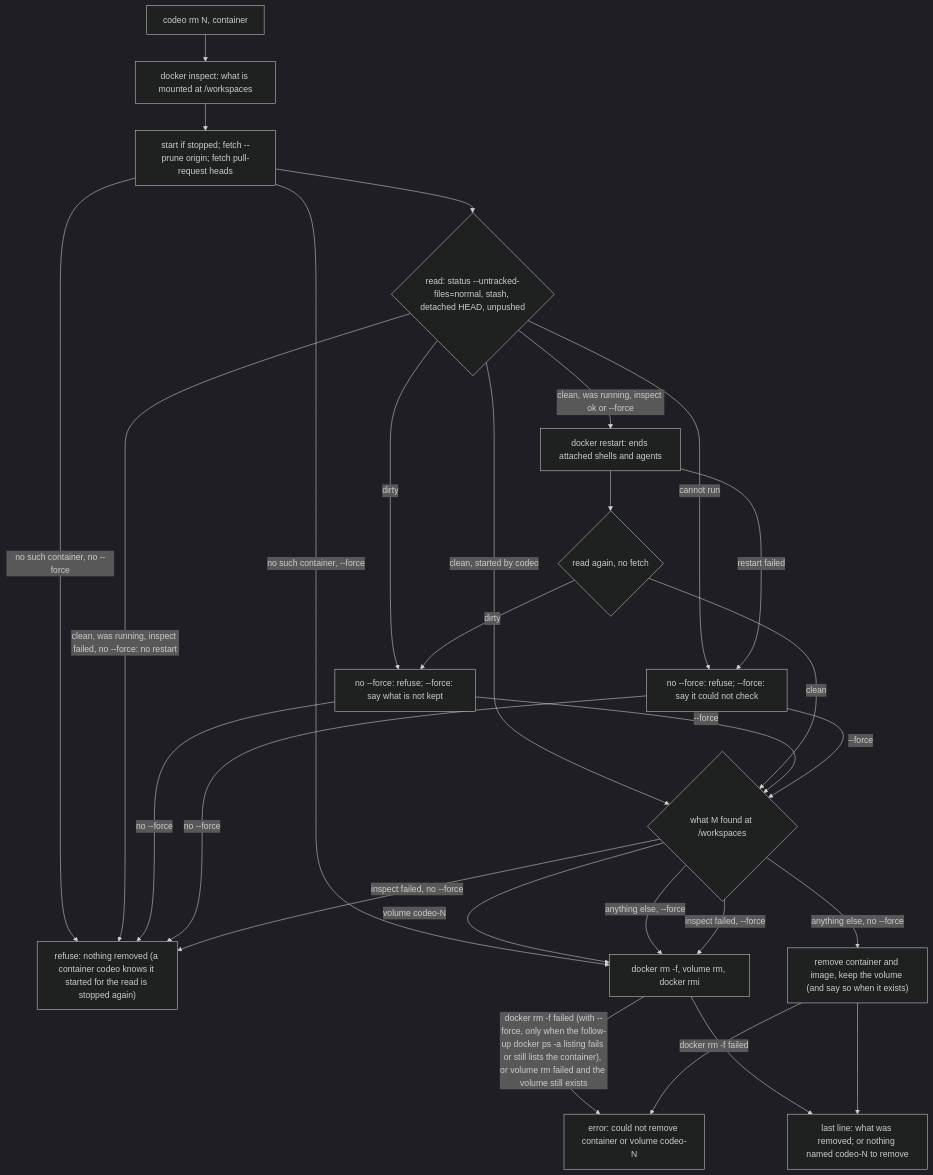
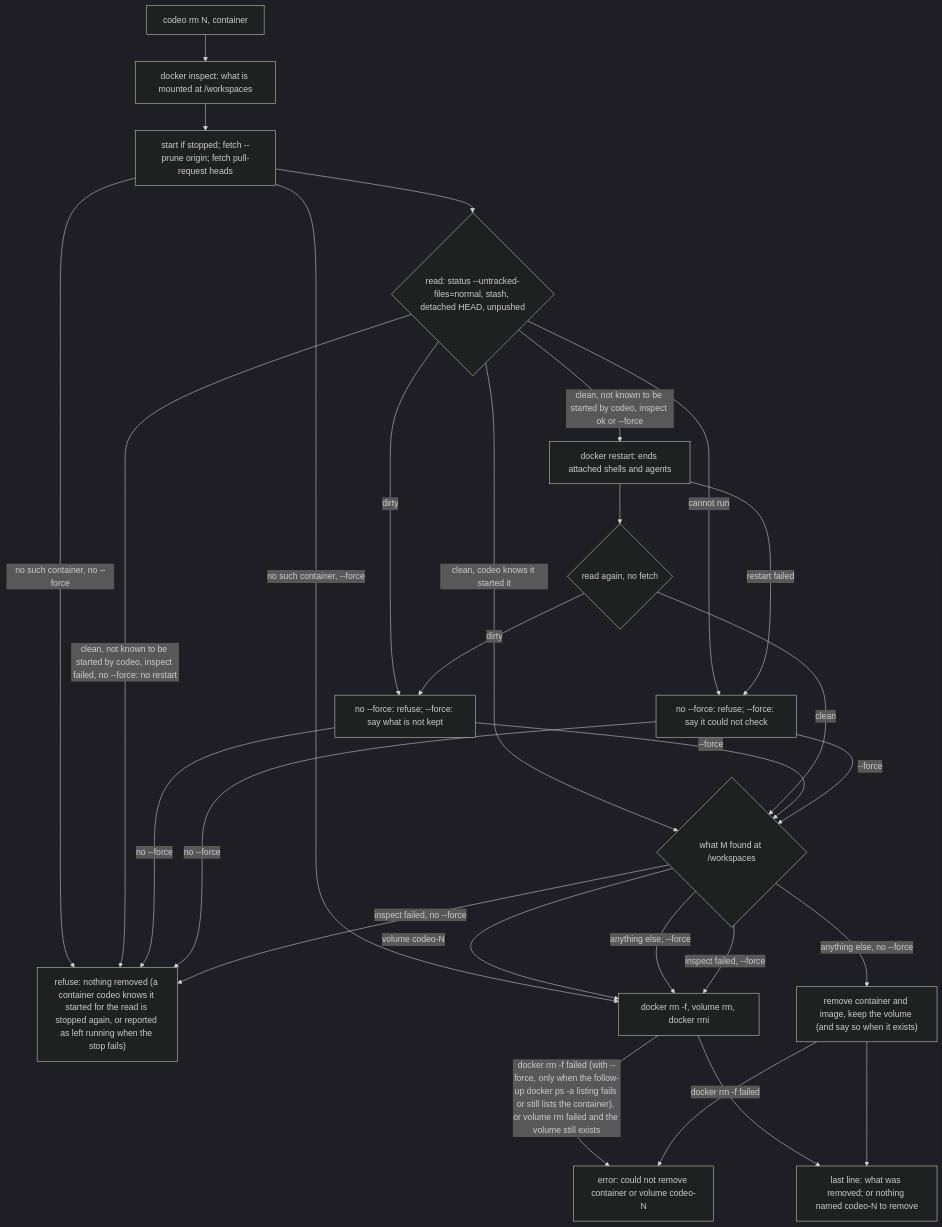
The second of 3 diagrams in .devcontainer/README.md (kbajpai/codeo), drawn with Mermaid (dark theme) before and after one commit. The commit also changed other lines of this file and 17 other files, not shown here.

Commit message:
fix: close the #161 leftovers: the failed-stop line in codeo rm, the hosted-session hook's skip check and matcher, and release-checklist, changelog and README wording (#173) (#184)

````diff
--- a/.devcontainer/README.md
+++ b/.devcontainer/README.md
@@ -205,30 +205,30 @@
 ```mermaid
 flowchart TD
     A["codeo rm N, container"] --> M["docker inspect: what is mounted at /workspaces"]
     M --> B["start if stopped; fetch --prune origin; fetch pull-request heads"]
-    B -- "no such container, no --force" --> Q["refuse: nothing removed (a container codeo knows it started for the read is stopped again)"]
+    B -- "no such container, no --force" --> Q["refuse: nothing removed (a container codeo knows it started for the read is stopped again, or reported as left running when the stop fails)"]
     B -- "no such container, --force" --> G
     B --> C{"read: status --untracked-files=normal, stash, detached HEAD, unpushed"}
     C -- "dirty" --> R["no --force: refuse; --force: say what is not kept"]
     C -- "cannot run" --> X["no --force: refuse; --force: say it could not check"]
-    C -- "clean, started by codeo" --> F
-    C -- "clean, was running, inspect failed, no --force: no restart" --> Q
-    C -- "clean, was running, inspect ok or --force" --> D["docker restart: ends attached shells and agents"]
+    C -- "clean, codeo knows it started it" --> F
+    C -- "clean, not known to be started by codeo, inspect failed, no --force: no restart" --> Q
+    C -- "clean, not known to be started by codeo, inspect ok or --force" --> D["docker restart: ends attached shells and agents"]
     D -- "restart failed" --> X
     D --> E{"read again, no fetch"}
     E -- "dirty" --> R
     E -- "clean" --> F{"what M found at /workspaces"}
     R -- "--force" --> F
     X -- "--force" --> F
     R -- "no --force" --> Q
     X -- "no --force" --> Q
     F -- "volume codeo-N" --> G["docker rm -f, volume rm, docker rmi"]
     F -- "anything else, --force" --> G
     F -- "anything else, no --force" --> H["remove container and image, keep the volume (and say so when it exists)"]
     F -- "inspect failed, --force" --> G
     F -- "inspect failed, no --force" --> Q
     G -- "docker rm -f failed (with --force, only when the follow-up docker ps -a listing fails or still lists the container), or volume rm failed and the volume still exists" --> Y["error: could not remove container or volume codeo-N"]
     H -- "docker rm -f failed" --> Y
     G --> Z["last line: what was removed; or nothing named codeo-N to remove"]
     H --> Z
 ```
````
